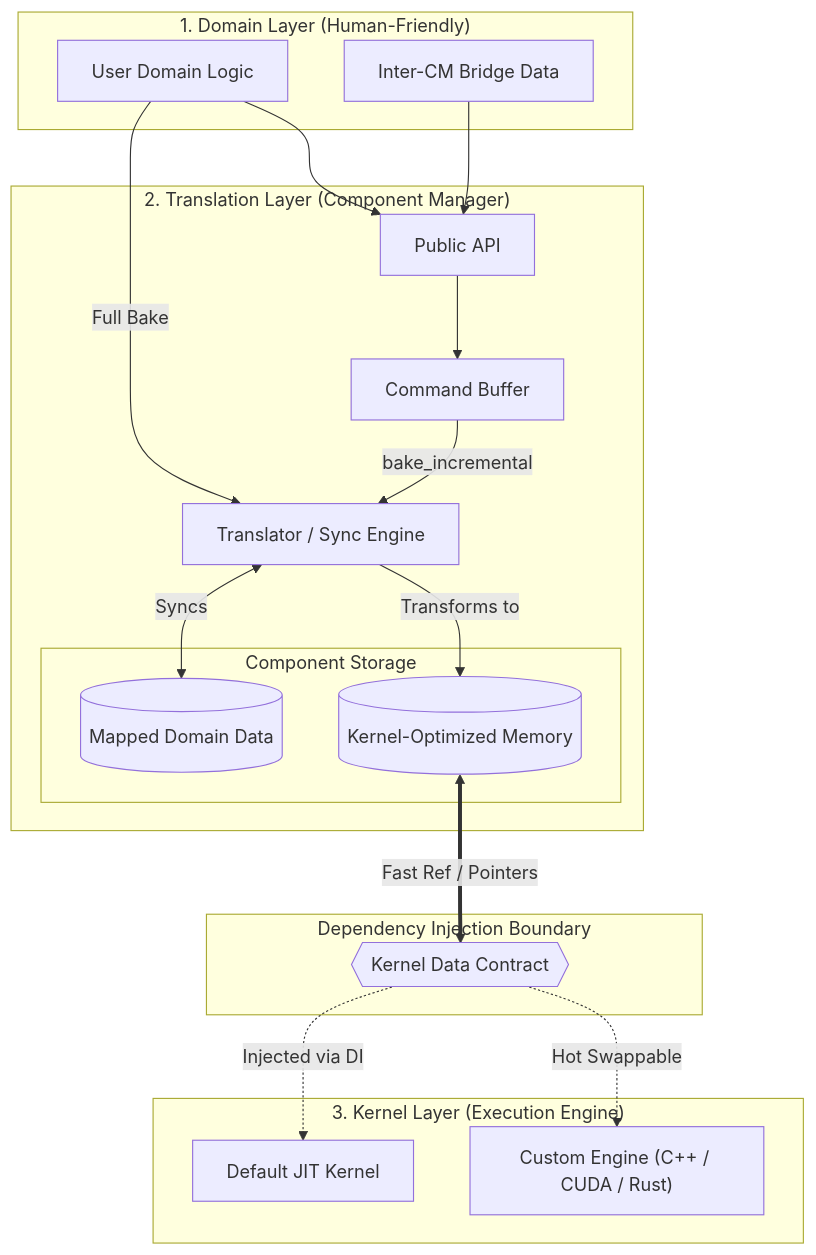
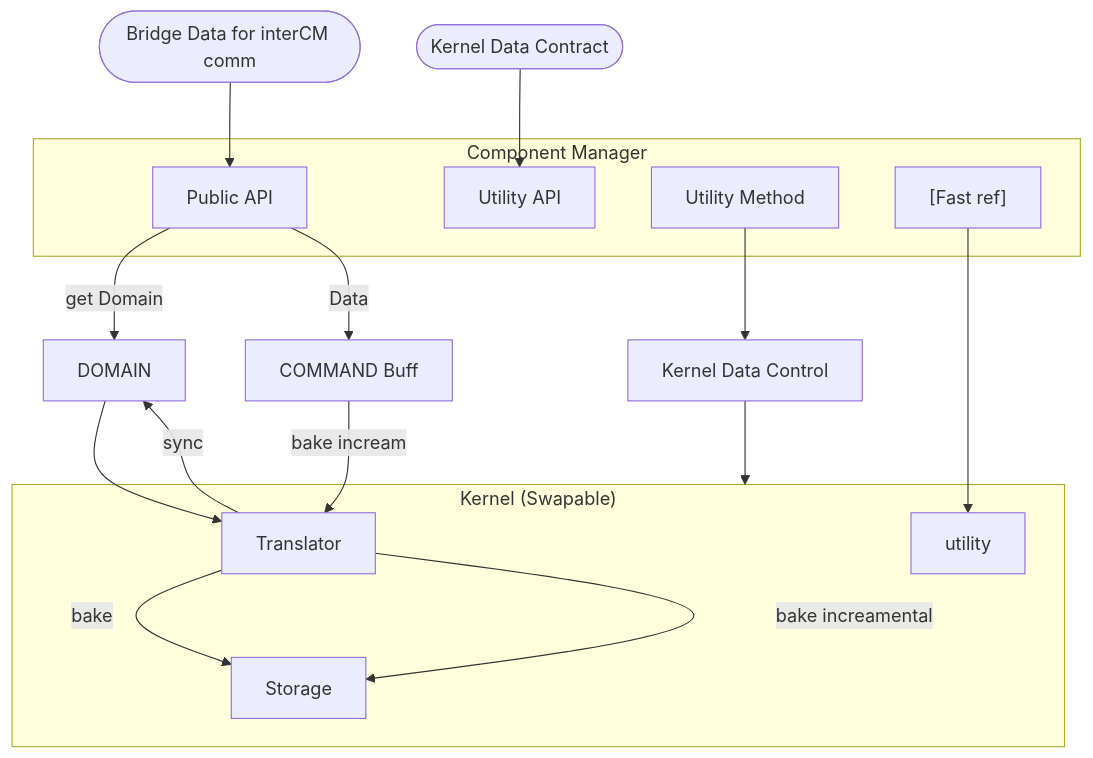
Before and after one commit to ckCrimson/discrete-state-engine: the diagram in README.md, drawn with Mermaid. The commit also changed other lines of this file, not shown here.

Commit message:
Refactor README for clarity and consistency
Updated the README to improve clarity and consistency in the description of the architecture and components.

````diff
--- a/README.md
+++ b/README.md
@@ -74,42 +74,50 @@
 ```mermaid
 flowchart TD
-    subgraph Domain ["1. Domain Layer (Human-Friendly)"]
-        Logic["User Domain Logic"]
-        Bridge["Inter-CM Bridge Data"]
+    %% External Inputs
+    Bridge(["Bridge Data for interCM comm"])
+    Contract(["Kernel Data Contract"])
+
+    %% Component Manager Block
+    subgraph Component Manager ["Component Manager"]
+        PublicAPI["Public API"]
+        UtilAPI["Utility API"]
+        UtilMethod["Utility Method"]
+        FastRef["[Fast ref]"]
     end
 
-    subgraph CM ["2. Translation Layer (Component Manager)"]
-        API["Public API"]
-        Buffer["Command Buffer"]
-        Translator["Translator / Sync Engine"]
+    %% Middle Layer
+    Domain["DOMAIN"]
+    CmdBuff["COMMAND Buff"]
+    KDC["Kernel Data Control"]
 
-        subgraph CS ["Component Storage"]
-            Mapped[("Mapped Domain Data")]
-            Optimized[("Kernel-Optimized Memory")]
-        end
+    %% Kernel Block
+    subgraph Kernel ["Kernel (Swapable)"]
+        Translator["Translator"]
+        Utility["utility"]
+        Storage["Storage"]
     end
 
-    subgraph Interface ["Dependency Injection Boundary"]
-        Contract{{"Kernel Data Contract"}}
-    end
+    %% Inputs to CM
+    Bridge --> PublicAPI
+    Contract --> UtilAPI
 
-    subgraph Kernel ["3. Kernel Layer (Execution Engine)"]
-        Default["Default JIT Kernel"]
-        Custom["Custom Engine (C++ / CUDA / Rust)"]
-    end
+    %% CM to Middle Layer
+    PublicAPI -- "get Domain" --> Domain
+    PublicAPI -- "Data" --> CmdBuff
+    UtilMethod --> KDC
 
-    %% Flow
-    Logic -->|Full Bake| Translator
-    Bridge --> API
-    Logic --> API
-    API --> Buffer
-    Buffer -->|bake_incremental| Translator
+    %% Middle Layer to Kernel
+    KDC --> Kernel
+    CmdBuff -- "bake incream" --> Translator
+    
+    %% Domain <--> Translator Loop
+    Domain --> Translator
+    Translator -- "sync" --> Domain
 
-    Translator <-->|Syncs| Mapped
-    Translator -->|Transforms to| Optimized
+    %% Fast Ref to Utility
+    FastRef --> Utility
 
-    Optimized <==>|Fast Ref / Pointers| Contract
-
-    Contract -.->|Injected via DI| Default
-    Contract -.->|Hot Swappable| Custom
+    %% Internal Kernel Routing
+    Translator -- "bake" --> Storage
+    Translator -- "bake increamental" --> Storage
 ```
````
